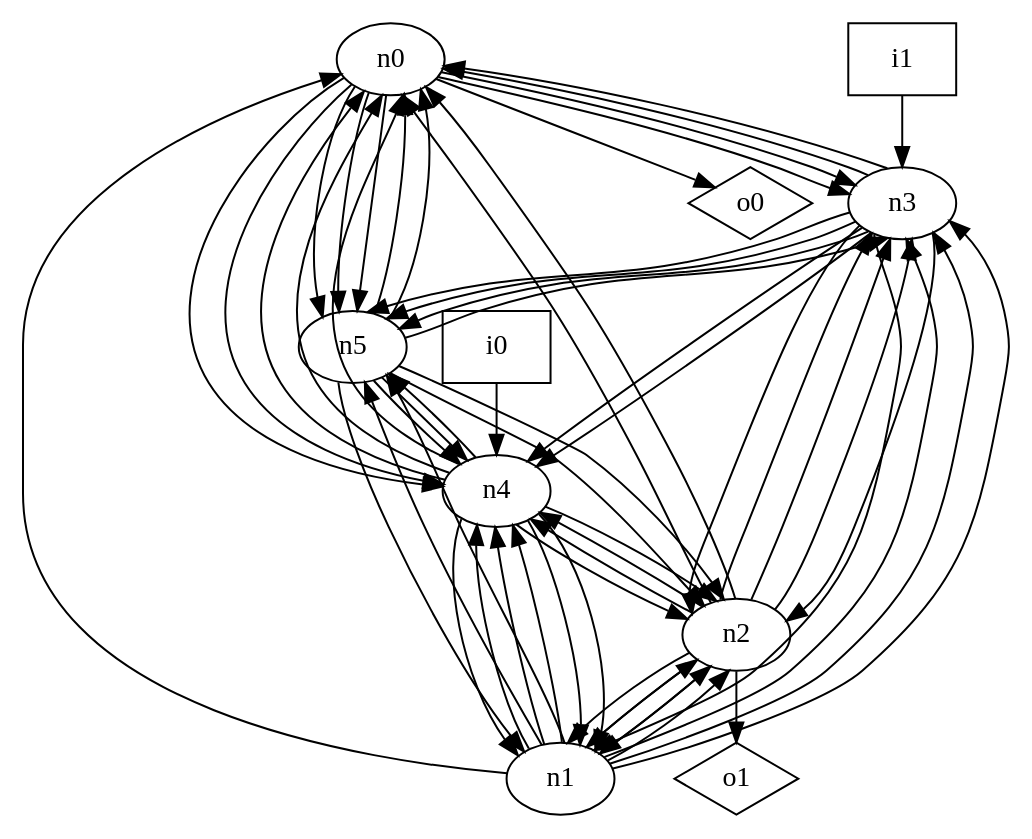
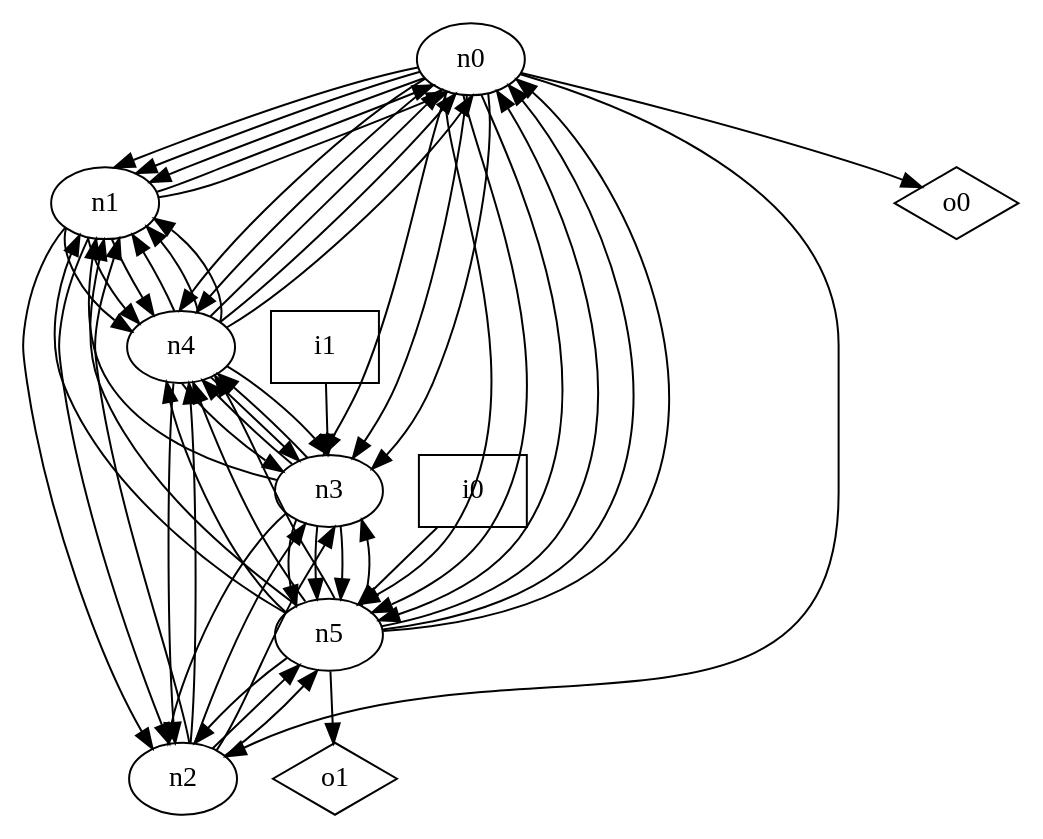
The diagram in dot_files/random_graph/loop_free_graph.dot (p9romain/bool-circuits), drawn with Graphviz before and after one commit. The commit also changed 74 other files, not shown here.

```diff
--- a/dot_files/random_graph/loop_free_graph.dot
+++ b/dot_files/random_graph/loop_free_graph.dot
@@ -1,72 +1,68 @@
 digraph G {
 n0 [label="n0"];
 n1 [label="n1"];
 n2 [label="n2"];
 n3 [label="n3"];
 n4 [label="n4"];
 n5 [label="n5"];
 n6 [label="i0",shape="box"];
 n7 [label="i1",shape="box"];
 n8 [label="o0",shape="diamond"];
 n9 [label="o1",shape="diamond"];
+n0 -> n1
+n0 -> n1
+n0 -> n1
+n0 -> n2
+n0 -> n3
 n0 -> n3
 n0 -> n3
 n0 -> n4
 n0 -> n4
 n0 -> n5
 n0 -> n5
 n0 -> n5
 n0 -> n8
 n1 -> n0
+n1 -> n0
 n1 -> n2
 n1 -> n2
-n1 -> n2
-n1 -> n3
-n1 -> n3
-n1 -> n3
 n1 -> n4
 n1 -> n4
 n1 -> n4
-n1 -> n5
-n1 -> n5
-n2 -> n0
-n2 -> n0
-n2 -> n1
-n2 -> n1
 n2 -> n1
 n2 -> n3
 n2 -> n3
-n2 -> n3
 n2 -> n4
-n2 -> n4
-n2 -> n9
-n3 -> n0
-n3 -> n0
+n2 -> n5
+n2 -> n5
 n3 -> n1
-n3 -> n2
 n3 -> n2
 n3 -> n4
 n3 -> n4
 n3 -> n5
 n3 -> n5
 n3 -> n5
 n4 -> n0
 n4 -> n0
 n4 -> n0
 n4 -> n1
 n4 -> n1
 n4 -> n1
 n4 -> n2
-n4 -> n2
-n4 -> n5
+n4 -> n3
+n4 -> n3
+n4 -> n3
+n5 -> n0
 n5 -> n0
 n5 -> n0
 n5 -> n1
-n5 -> n2
+n5 -> n1
 n5 -> n2
 n5 -> n3
 n5 -> n4
 n5 -> n4
-n6 -> n4
+n5 -> n4
+n5 -> n9
+n6 -> n5
 n7 -> n3
 }
```
